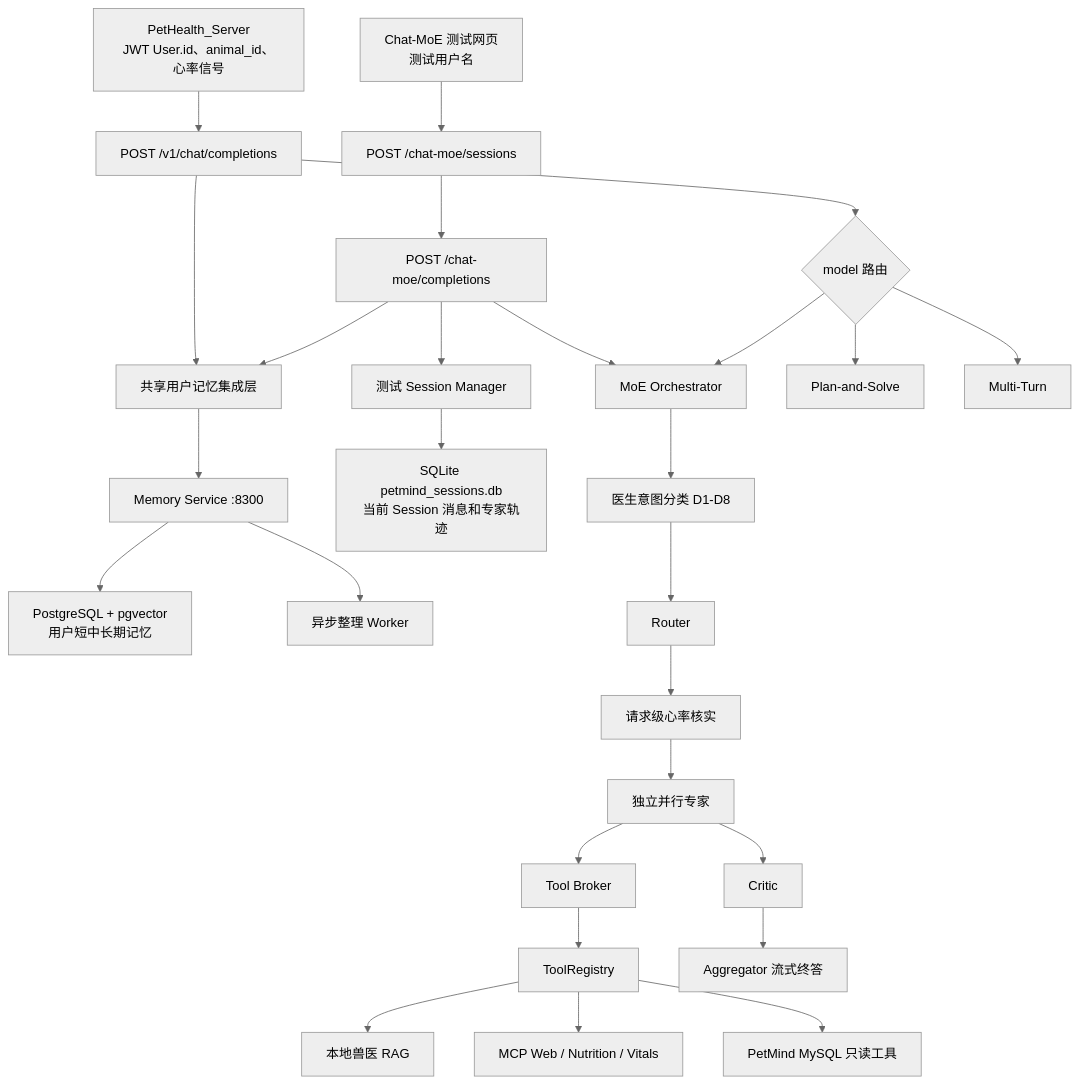
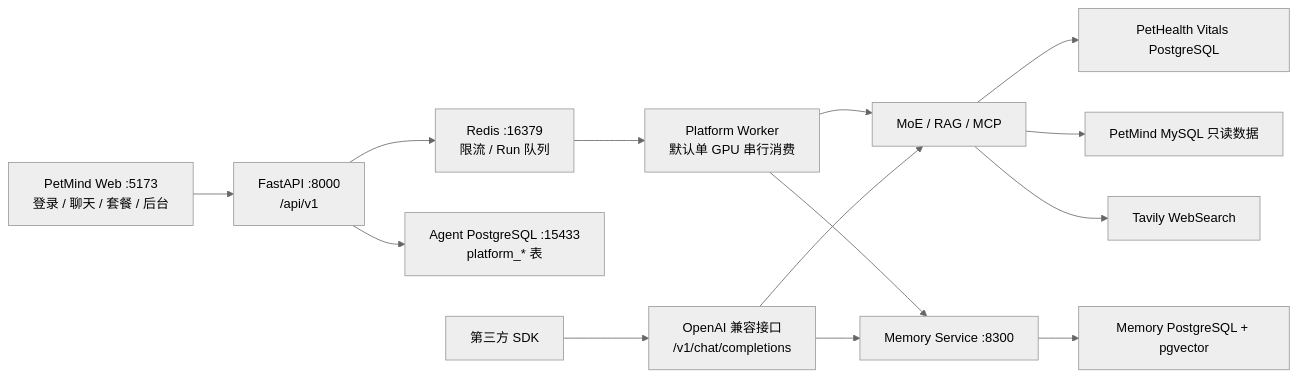
Before and after one commit to GeorgeGuo1215/Animal_detection2: the first of 2 diagrams in agentAndRag/agent.md, drawn with Mermaid (neutral theme). The commit also changed other lines of this file and 73 other files, not shown here.

Commit message:
feat(platform): add production veterinary agent web stack

````diff
--- a/agentAndRag/agent.md
+++ b/agentAndRag/agent.md
@@ -48,33 +46,16 @@
 ```mermaid
-flowchart TD
-    PH["PetHealth_Server<br/>JWT User.id、animal_id、心率信号"] --> V1["POST /v1/chat/completions"]
-    WEB["Chat-MoE 测试网页<br/>测试用户名"] --> CMS["POST /chat-moe/sessions"]
-    CMS --> CMC["POST /chat-moe/completions"]
-
-    V1 --> MEMI["共享用户记忆集成层"]
-    CMC --> MEMI
-    MEMI --> MS["Memory Service :8300"]
-    MS --> MPG["PostgreSQL + pgvector<br/>用户短中长期记忆"]
-    MS --> MW["异步整理 Worker"]
-
-    CMC --> SM["测试 Session Manager"]
-    SM --> SQLITES["SQLite petmind_sessions.db<br/>当前 Session 消息和专家轨迹"]
-
-    V1 --> MODE{"model 路由"}
-    CMC --> MOE["MoE Orchestrator"]
-    MODE --> PLAN["Plan-and-Solve"]
-    MODE --> MULTI["Multi-Turn"]
-    MODE --> MOE
-
-    MOE --> INTENT["医生意图分类 D1-D8"]
-    INTENT --> ROUTER["Router"]
-    ROUTER --> VITALS["请求级心率核实"]
-    VITALS --> EXPERTS["独立并行专家"]
-    EXPERTS --> BROKER["Tool Broker"]
-    BROKER --> REG["ToolRegistry"]
-    REG --> RAG["本地兽医 RAG"]
-    REG --> MCP["MCP Web / Nutrition / Vitals"]
-    REG --> MYSQL["PetMind MySQL 只读工具"]
-    EXPERTS --> CRITIC["Critic"]
-    CRITIC --> AGG["Aggregator 流式终答"]
+flowchart LR
+    WEB["PetMind Web :5173<br/>登录 / 聊天 / 套餐 / 后台"] --> API["FastAPI :8000<br/>/api/v1"]
+    SDK["第三方 SDK"] --> OAI["OpenAI 兼容接口<br/>/v1/chat/completions"]
+    API --> PG["Agent PostgreSQL :15433<br/>platform_* 表"]
+    API --> REDIS["Redis :16379<br/>限流 / Run 队列"]
+    REDIS --> WORKER["Platform Worker<br/>默认单 GPU 串行消费"]
+    WORKER --> MOE["MoE / RAG / MCP"]
+    OAI --> MOE
+    WORKER --> MEMORY["Memory Service :8300"]
+    OAI --> MEMORY
+    MEMORY --> MPG["Memory PostgreSQL + pgvector"]
+    MOE --> VITALS["PetHealth Vitals PostgreSQL"]
+    MOE --> MYSQL["PetMind MySQL 只读数据"]
+    MOE --> WEBSEARCH["Tavily WebSearch"]
 ```
````
